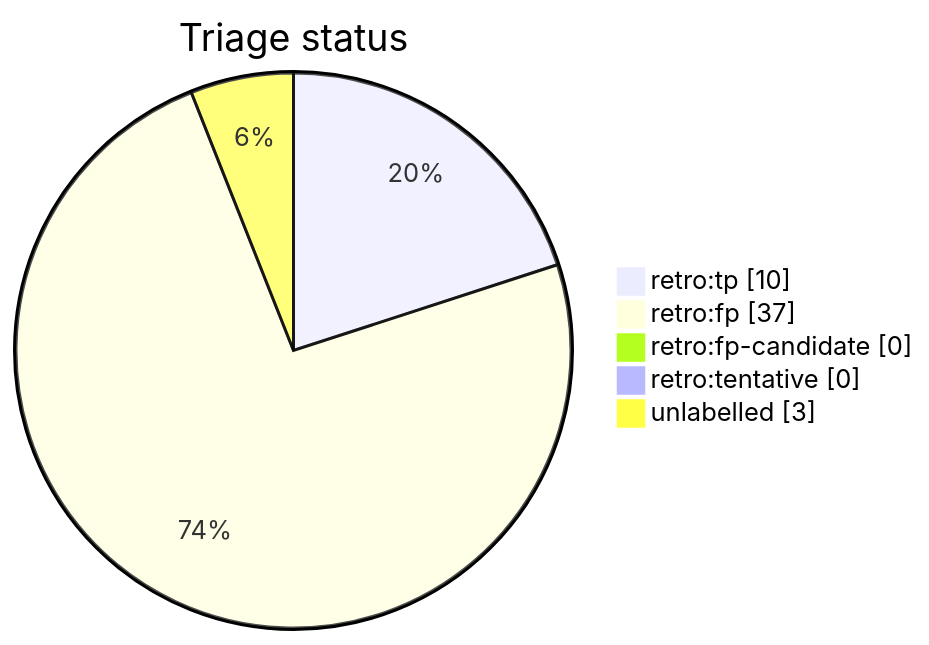
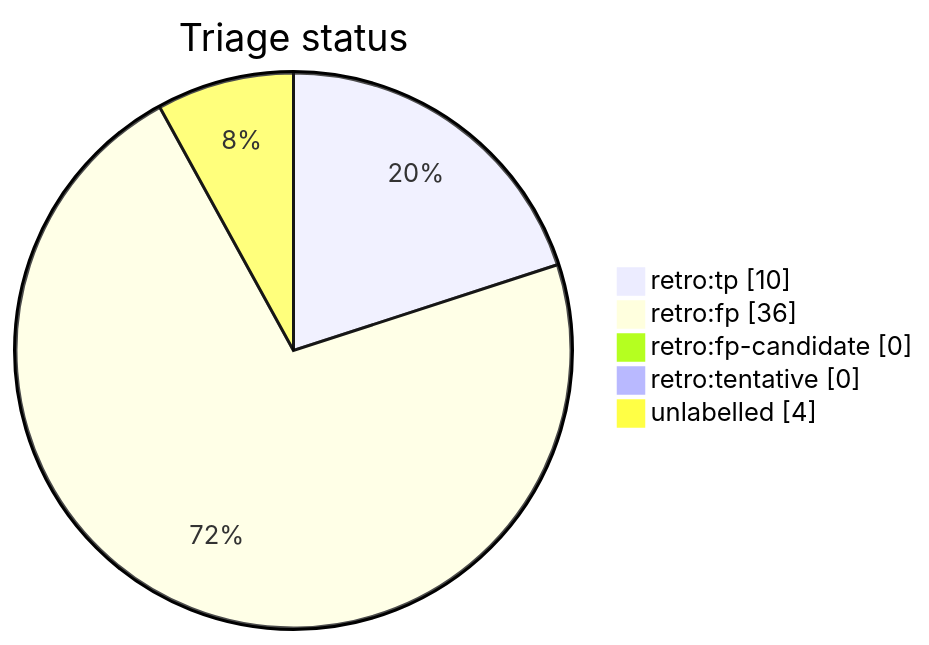
Before and after one commit to tvna/claude-md: the diagram in docs/generated/scripts/auto-retro-triage-report.md, drawn with Mermaid. The commit also changed other lines of this file, not shown here.

First line of the commit message:
chore(auto-retro): refresh triage report (#1042)

````diff
--- a/docs/generated/scripts/auto-retro-triage-report.md
+++ b/docs/generated/scripts/auto-retro-triage-report.md
@@ -18,9 +18,9 @@
 ```mermaid
 pie showData
     title Triage status
     "retro:tp" : 10
-    "retro:fp" : 37
+    "retro:fp" : 36
     "retro:fp-candidate" : 0
     "retro:tentative" : 0
-    "unlabelled" : 3
+    "unlabelled" : 4
 ```
````
